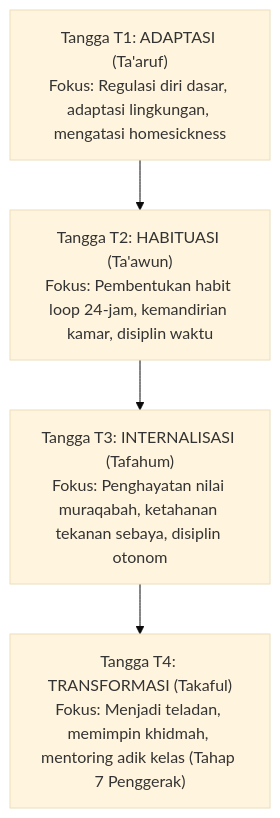
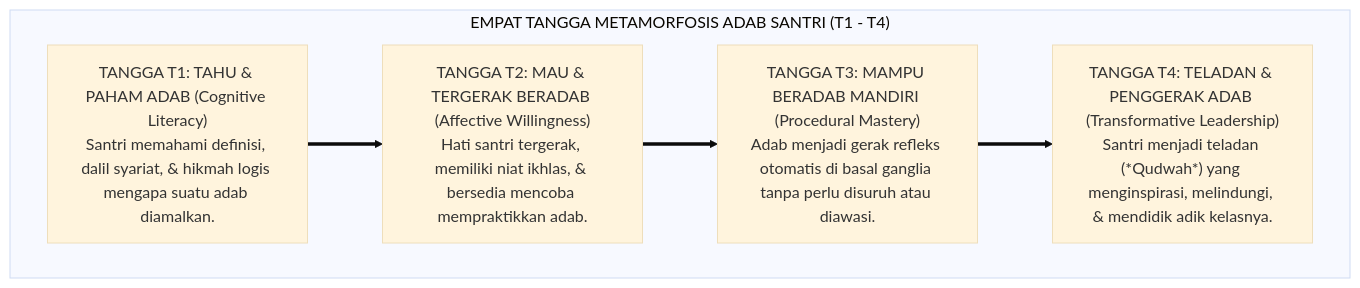
Before and after one commit to wandiapriliyandi/tumbuh: the diagram in BOOK-SERIES/Volume-01/Bab-06-Triad-Pertumbuhan-Simbiotik-dan-Kontinuum-10-Tahap/01-Santri-Bertumbuh-Tangga-T1-sd-T4.md, drawn with Mermaid (base theme). The commit also changed other lines of this file and 5 other files, not shown here.

Commit message:
docs(bab-06): selesaikan penulisan utuh seluruh Bab 06 Triad Pertumbuhan Simbiotik & Kontinuum 10-Tahap dengan gaya renyah, hidup, dan berorientasi arsitektur Dual-Pillar 24-Jam TUMBUH

````diff
--- a/BOOK-SERIES/Volume-01/Bab-06-Triad-Pertumbuhan-Simbiotik-dan-Kontinuum-10-Tahap/01-Santri-Bertumbuh-Tangga-T1-sd-T4.md
+++ b/BOOK-SERIES/Volume-01/Bab-06-Triad-Pertumbuhan-Simbiotik-dan-Kontinuum-10-Tahap/01-Santri-Bertumbuh-Tangga-T1-sd-T4.md
@@ -13,9 +16,14 @@
 ```mermaid
 graph TD
-    T1["Tangga T1: ADAPTASI (Ta'aruf)<br/>Fokus: Regulasi diri dasar, adaptasi lingkungan, mengatasi homesickness"]
-    T2["Tangga T2: HABITUASI (Ta'awun)<br/>Fokus: Pembentukan habit loop 24-jam, kemandirian kamar, disiplin waktu"]
-    T3["Tangga T3: INTERNALISASI (Tafahum)<br/>Fokus: Penghayatan nilai muraqabah, ketahanan tekanan sebaya, disiplin otonom"]
-    T4["Tangga T4: TRANSFORMASI (Takaful)<br/>Fokus: Menjadi teladan, memimpin khidmah, mentoring adik kelas (Tahap 7 Penggerak)"]
-    
-    T1 --> T2 --> T3 --> T4
+    subgraph TanggaTUMBUH["EMPAT TANGGA METAMORFOSIS ADAB SANTRI (T1 - T4)"]
+        T1["TANGGA T1: TAHU & PAHAM ADAB (Cognitive Literacy)<br/>Santri memahami definisi, dalil syariat, & hikmah logis mengapa suatu adab diamalkan."]
+        
+        T2["TANGGA T2: MAU & TERGERAK BERADAB (Affective Willingness)<br/>Hati santri tergerak, memiliki niat ikhlas, & bersedia mencoba mempraktikkan adab."]
+        
+        T3["TANGGA T3: MAMPU BERADAB MANDIRI (Procedural Mastery)<br/>Adab menjadi gerak refleks otomatis di basal ganglia tanpa perlu disuruh atau diawasi."]
+        
+        T4["TANGGA T4: TELADAN & PENGGERAK ADAB (Transformative Leadership)<br/>Santri menjadi teladan (*Qudwah*) yang menginspirasi, melindungi, & mendidik adik kelasnya."]
+        
+        T1 ==> T2 ==> T3 ==> T4
+    end
 ```
````
